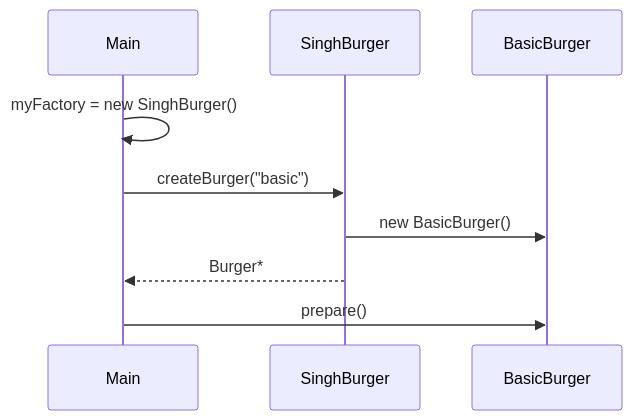
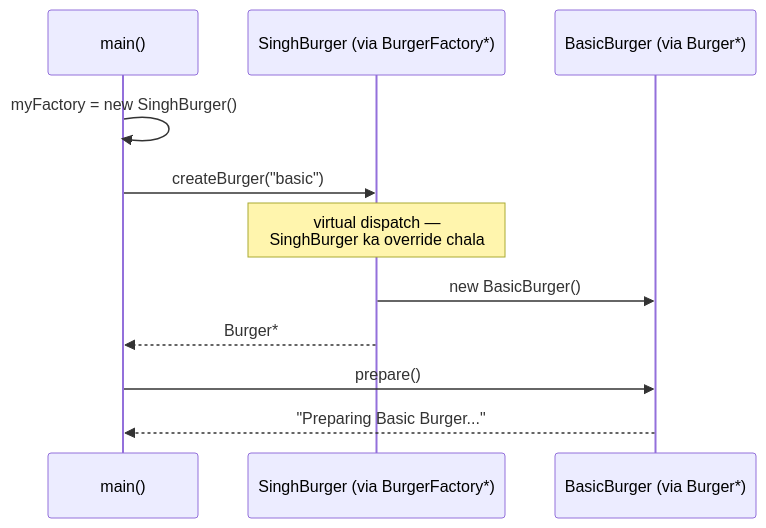
One commit to subhm2004/LLD changed the second of 2 diagrams in L9 Factory_Design_Pattern/notes/02_Factory_Method.md. Above: the diagram before and after it, drawn with Mermaid. The commit also changed other lines of this file and 7 other files, not shown here.

````diff
--- a/L9 Factory_Design_Pattern/notes/02_Factory_Method.md
+++ b/L9 Factory_Design_Pattern/notes/02_Factory_Method.md
@@ -141,12 +184,14 @@
 ```mermaid
 sequenceDiagram
-    participant Main
-    participant F as SinghBurger
-    participant P as BasicBurger
+    participant Main as main()
+    participant F as SinghBurger (via BurgerFactory*)
+    participant P as BasicBurger (via Burger*)
 
     Main->>Main: myFactory = new SinghBurger()
     Main->>F: createBurger("basic")
+    Note over F: virtual dispatch —<br/>SinghBurger ka override chala
     F->>P: new BasicBurger()
     F-->>Main: Burger*
     Main->>P: prepare()
+    P-->>Main: "Preparing Basic Burger..."
 ```
````
